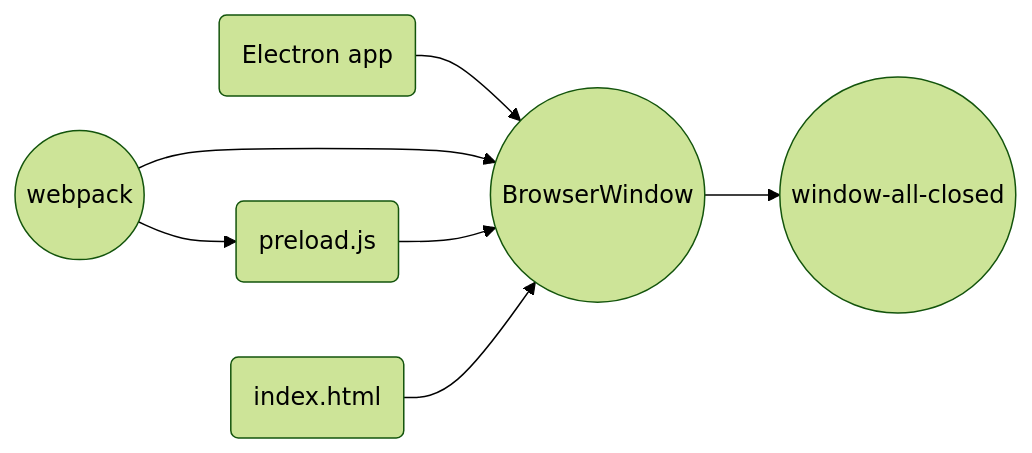
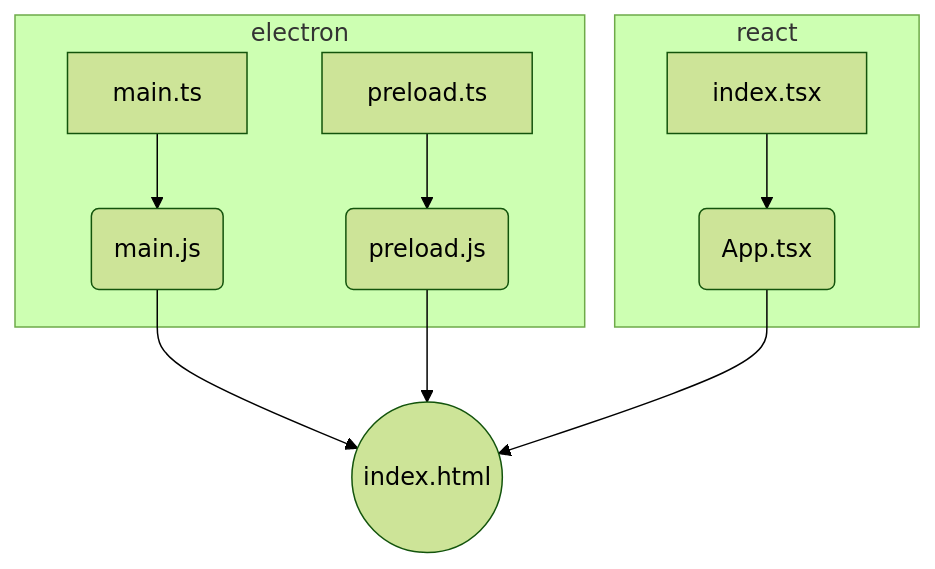
Before and after one commit to illionillion/electron-react-typescript: the diagram in README.md, drawn with Mermaid (forest theme). The commit also changed other lines of this file, not shown here.

````diff
--- a/README.md
+++ b/README.md
@@ -55,9 +45,13 @@
 ```mermaid
-graph LR
-    A(Electron app) --> B((BrowserWindow))
-    B --> C((window-all-closed))
-    D((webpack)) --> B
-    D --> E(preload.js)
-    E --> B
-    F(index.html) --> B
+graph TD;
+    subgraph electron
+        A[main.ts] -->B(main.js)
+        D[preload.ts] -->E(preload.js)
+    end
+    subgraph react
+        F[index.tsx] -->G(App.tsx)
+    end
+    B --> H((index.html))
+    E --> H 
+    G --> H 
 ```
````
